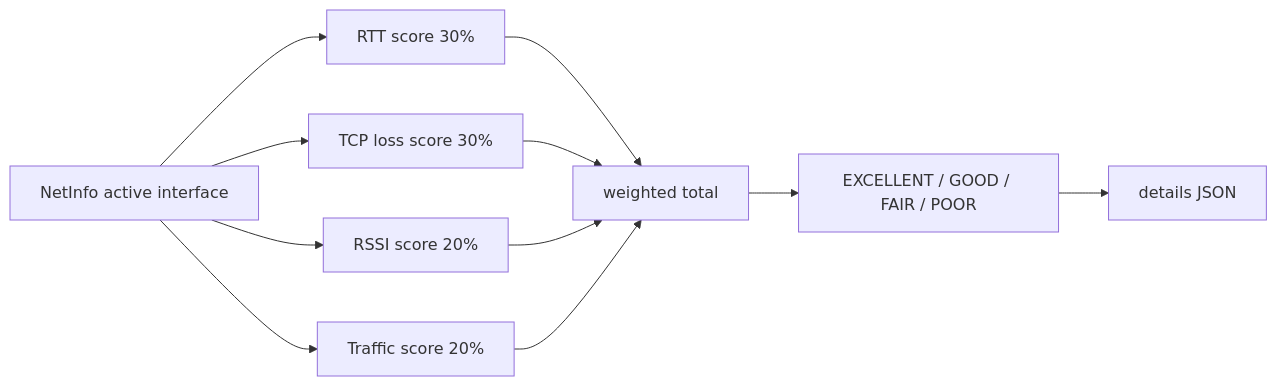
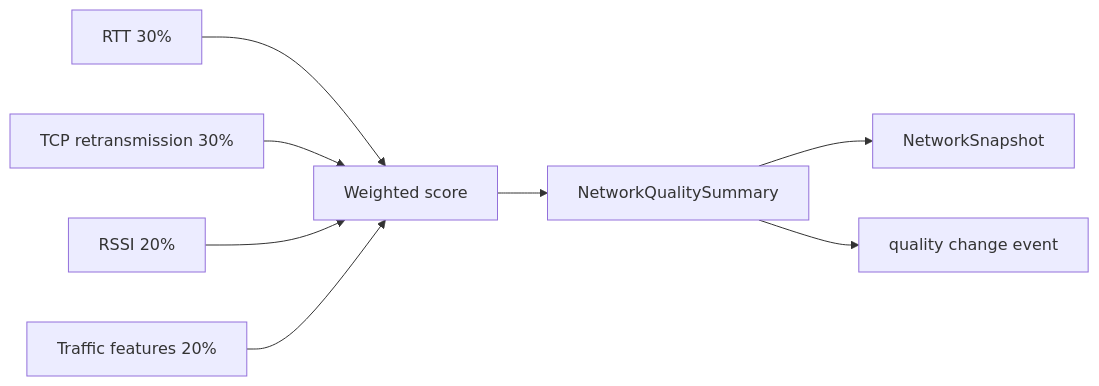
One commit to God1007/JaNet changed the eighth of 15 diagrams in docs/network-diagnostics-engineering-architecture-review.md. Above: the diagram before and after it, drawn with Mermaid. The commit also changed other lines of this file and 44 other files, not shown here.

````diff
--- a/docs/network-diagnostics-engineering-architecture-review.md
+++ b/docs/network-diagnostics-engineering-architecture-review.md
@@ -877,13 +377,10 @@
 ```mermaid
 flowchart LR
-    A["NetInfo active interface"] --> B["RTT score 30%"]
-    A --> C["TCP loss score 30%"]
-    A --> D["RSSI score 20%"]
-    A --> E["Traffic score 20%"]
-    B --> F["weighted total"]
-    C --> F
-    D --> F
-    E --> F
-    F --> G["EXCELLENT / GOOD / FAIR / POOR"]
-    G --> H["details JSON"]
+    RTT["RTT 30%"] --> Score["Weighted score"]
+    TCP["TCP retransmission 30%"] --> Score
+    RSSI["RSSI 20%"] --> Score
+    Traffic["Traffic features 20%"] --> Score
+    Score --> Summary["NetworkQualitySummary"]
+    Summary --> Snapshot["NetworkSnapshot"]
+    Summary --> Event["quality change event"]
 ```
````
